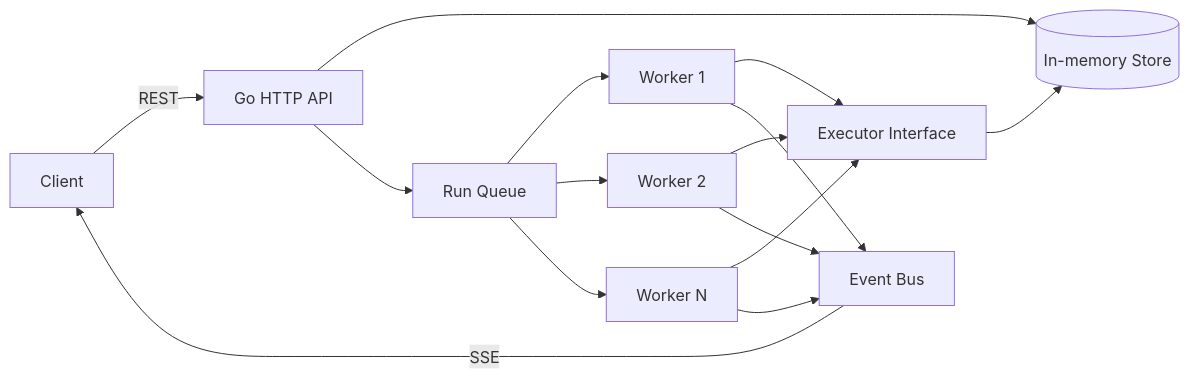
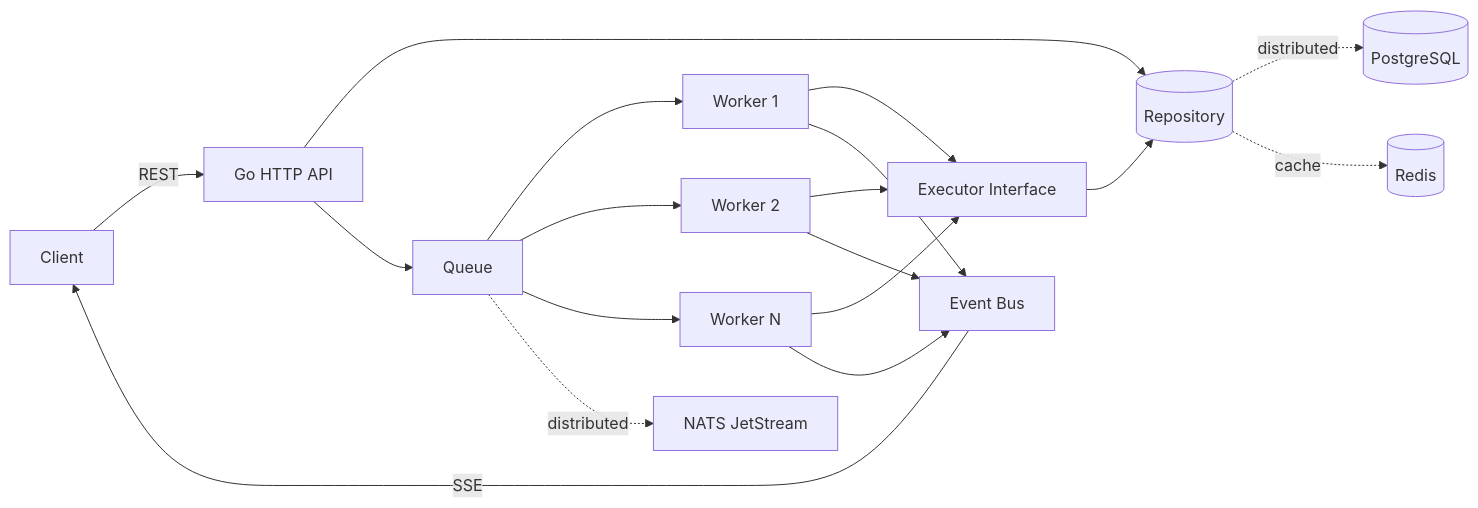
Before and after one commit to thiagomontozo/agentmesh: the diagram in README.md, drawn with Mermaid. The commit also changed other lines of this file and 5 other files, not shown here.

````diff
--- a/README.md
+++ b/README.md
@@ -15,17 +15,20 @@
 ```mermaid
 flowchart LR
     C[Client] -->|REST| API[Go HTTP API]
-    API --> S[(In-memory Store)]
-    API --> Q[Run Queue]
+    API --> S[(Repository)]
+    API --> Q[Queue]
     Q --> W1[Worker 1]
     Q --> W2[Worker 2]
     Q --> WN[Worker N]
     W1 --> E[Executor Interface]
     W2 --> E
     WN --> E
     E --> S
     W1 --> B[Event Bus]
     W2 --> B
     WN --> B
     B -->|SSE| C
+    S -. distributed .-> PG[(PostgreSQL)]
+    S -. cache .-> R[(Redis)]
+    Q -. distributed .-> N[NATS JetStream]
 ```
````
